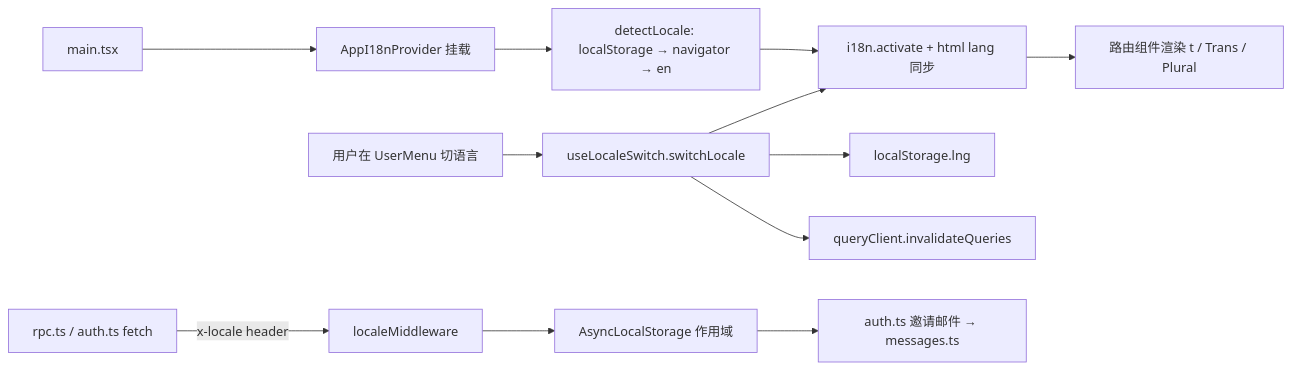
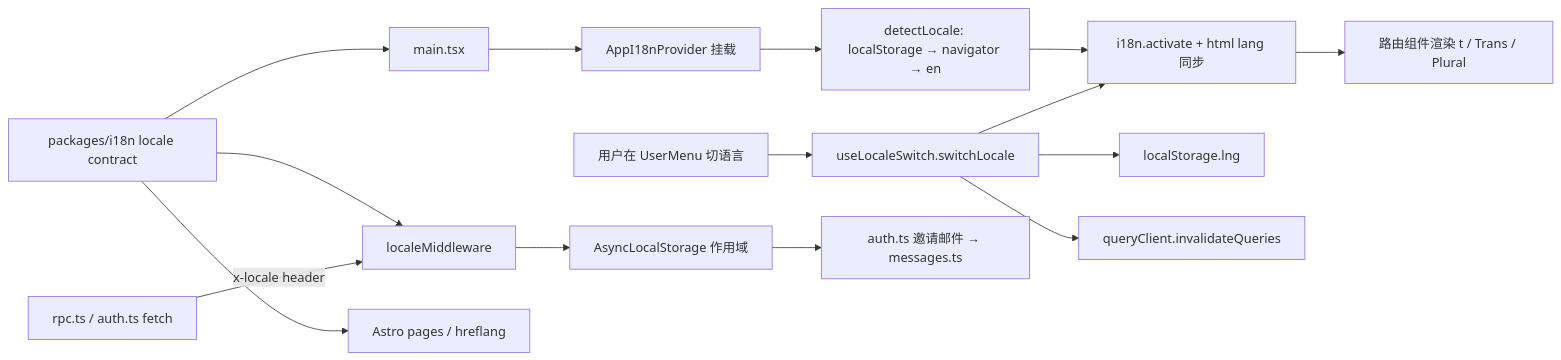
The diagram in docs/adr/0009-lingui-for-i18n.md (langgenius/due-date-hq-jhx-lyz), drawn with Mermaid before and after one commit. The commit also changed other lines of this file and 21 other files, not shown here.

Commit message:
docs: define Astro marketing architecture

````diff
--- a/docs/adr/0009-lingui-for-i18n.md
+++ b/docs/adr/0009-lingui-for-i18n.md
@@ -130,14 +166,17 @@
 ```mermaid
 flowchart LR
   Boot[main.tsx] --> Provider[AppI18nProvider 挂载]
   Provider --> Detect[detectLocale: localStorage → navigator → en]
   Detect --> Activate[i18n.activate + html lang 同步]
   Activate --> Routes[路由组件渲染 t / Trans / Plural]
   User[用户在 UserMenu 切语言] --> Switch[useLocaleSwitch.switchLocale]
   Switch --> Persist[localStorage.lng]
   Switch --> Activate
   Switch --> Invalidate[queryClient.invalidateQueries]
+  Contract[packages/i18n locale contract] --> Boot
+  Contract --> Server
+  Contract --> Marketing[Astro pages / hreflang]
   RPC[rpc.ts / auth.ts fetch] -->|x-locale header| Server[localeMiddleware]
   Server --> ALS[AsyncLocalStorage 作用域]
   ALS --> Email[auth.ts 邀请邮件 → messages.ts]
 ```
````
